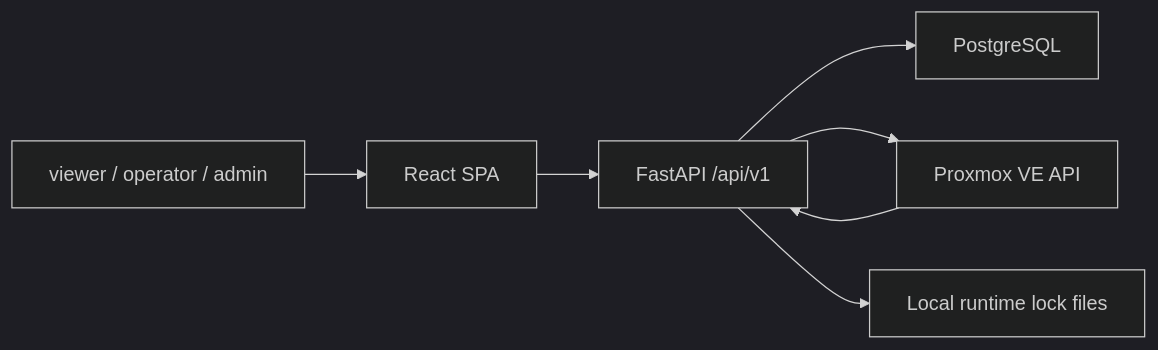
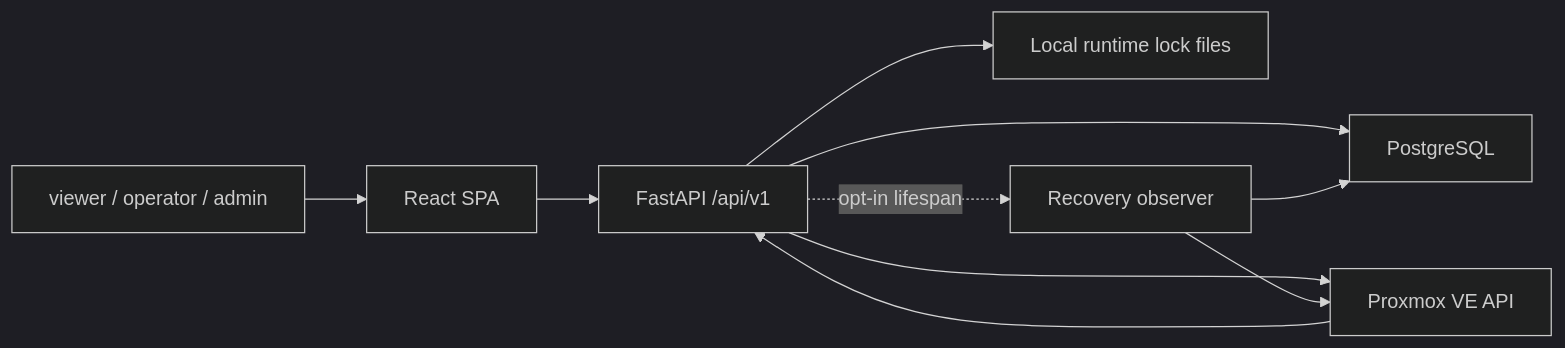
Before and after one commit to CodingPenguin-yoon/Gjallar: the diagram in project-docs/architecture/overview.md, drawn with Mermaid (dark theme). The commit also changed other lines of this file and 78 other files, not shown here.

````diff
--- a/project-docs/architecture/overview.md
+++ b/project-docs/architecture/overview.md
@@ -18,9 +18,12 @@
 ```mermaid
 flowchart LR
     Operator["viewer / operator / admin"] --> UI["React SPA"]
     UI --> API["FastAPI /api/v1"]
     API --> PG["PostgreSQL"]
     API --> PVE["Proxmox VE API"]
     API --> Files["Local runtime lock files"]
+    API -. opt-in lifespan .-> Runner["Recovery observer"]
+    Runner --> PG
+    Runner --> PVE
     PVE --> API
 ```
````
